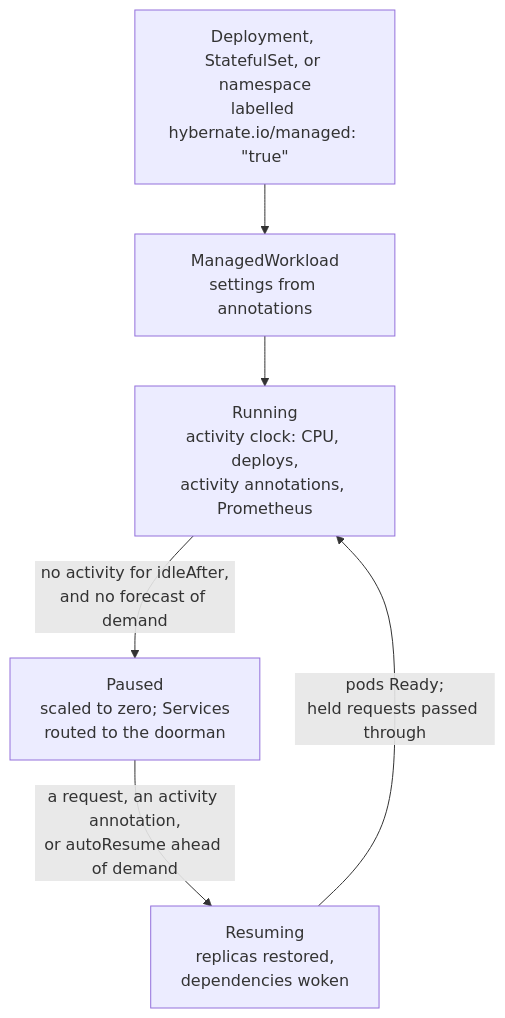
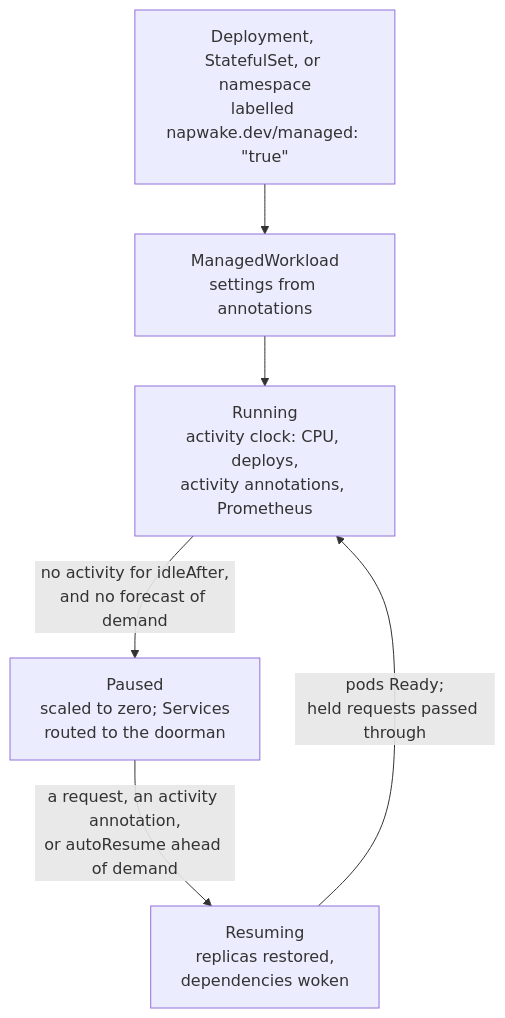
The diagram in docs/index.md (napwake/napwake), drawn with Mermaid before and after one commit. The commit also changed other lines of this file and 345 other files, not shown here.

First line of the commit message:
refactor!: rename Hybernate to Napwake

````diff
--- a/docs/index.md
+++ b/docs/index.md
@@ -44,8 +44,8 @@
 ```mermaid
 flowchart TD
-    label["Deployment, StatefulSet, or namespace<br/>labelled hybernate.io/managed: &quot;true&quot;"] --> mw["ManagedWorkload<br/>settings from annotations"]
+    label["Deployment, StatefulSet, or namespace<br/>labelled napwake.dev/managed: &quot;true&quot;"] --> mw["ManagedWorkload<br/>settings from annotations"]
     mw --> running["Running<br/>activity clock: CPU, deploys,<br/>activity annotations, Prometheus"]
     running -- "no activity for idleAfter,<br/>and no forecast of demand" --> paused["Paused<br/>scaled to zero; Services<br/>routed to the doorman"]
     paused -- "a request, an activity annotation,<br/>or autoResume ahead of demand" --> resuming["Resuming<br/>replicas restored,<br/>dependencies woken"]
     resuming -- "pods Ready;<br/>held requests passed through" --> running
 ```
````
